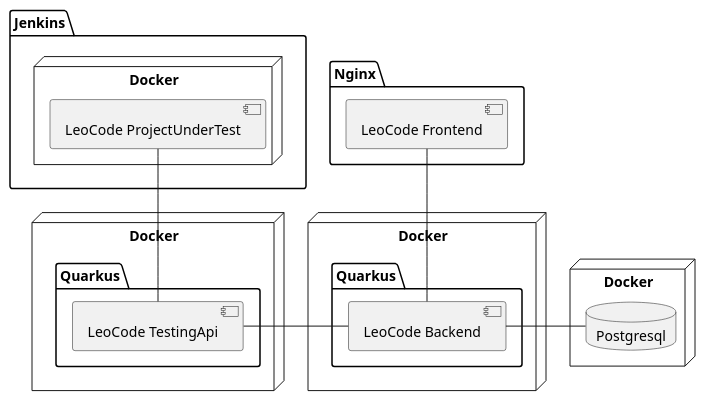
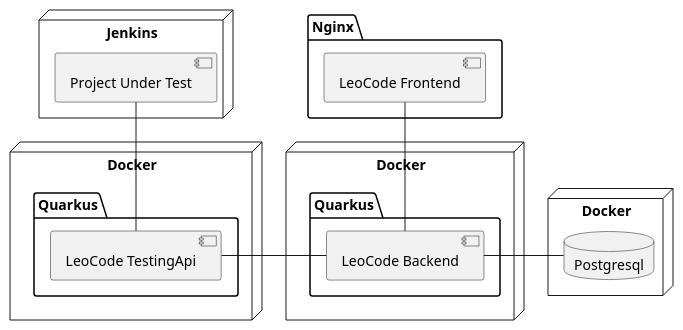
One commit to donnabauerc/LeoCodeDocs changed the diagram in revealjs/assets/sysarch-with-jenkins.puml. Above: the diagram before and after it, drawn with PlantUML. The commit also changed 8 other files, not shown here.

```diff
--- a/revealjs/assets/sysarch-with-jenkins.puml
+++ b/revealjs/assets/sysarch-with-jenkins.puml
@@ -1,32 +1,31 @@
 @startuml
 
 node "Docker" as Docker2{
     database "Postgresql"
 }
 node "Docker" as Docker1{
     package "Quarkus" as Quarkus1{
         [LeoCode Backend]
     }
 }
 
 node "Docker" as Docker3{
     package "Quarkus" as Quarkus2{
         [LeoCode TestingApi]
     }
 }
 
-package "Jenkins" {
-    node "Docker" as Docker4{
-        [LeoCode ProjectUnderTest]
-    }
+node "Jenkins" as Jenkins{
+   [Project Under Test]
 }
+
 
 package "Nginx" {
     [LeoCode Frontend]
 }
 
 [LeoCode TestingApi] - [LeoCode Backend]
 [LeoCode Backend] - Postgresql
 [LeoCode Backend] -up- [LeoCode Frontend]
-[LeoCode TestingApi] -up- [LeoCode ProjectUnderTest]
+[LeoCode TestingApi] -up- [Project Under Test]
 @enduml
```
